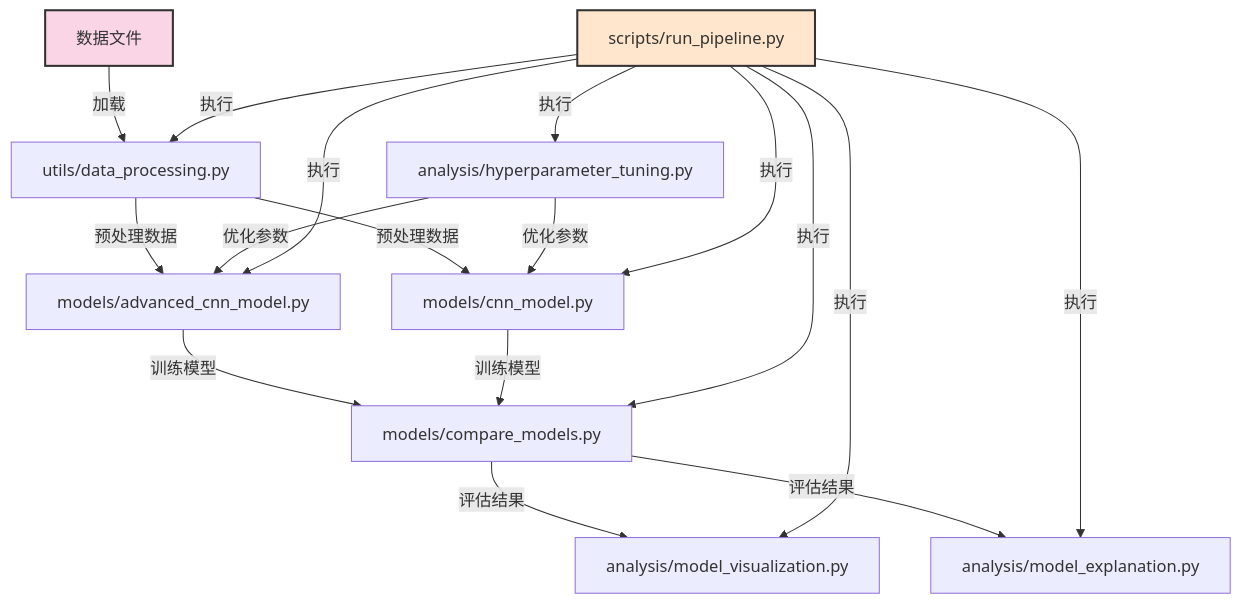
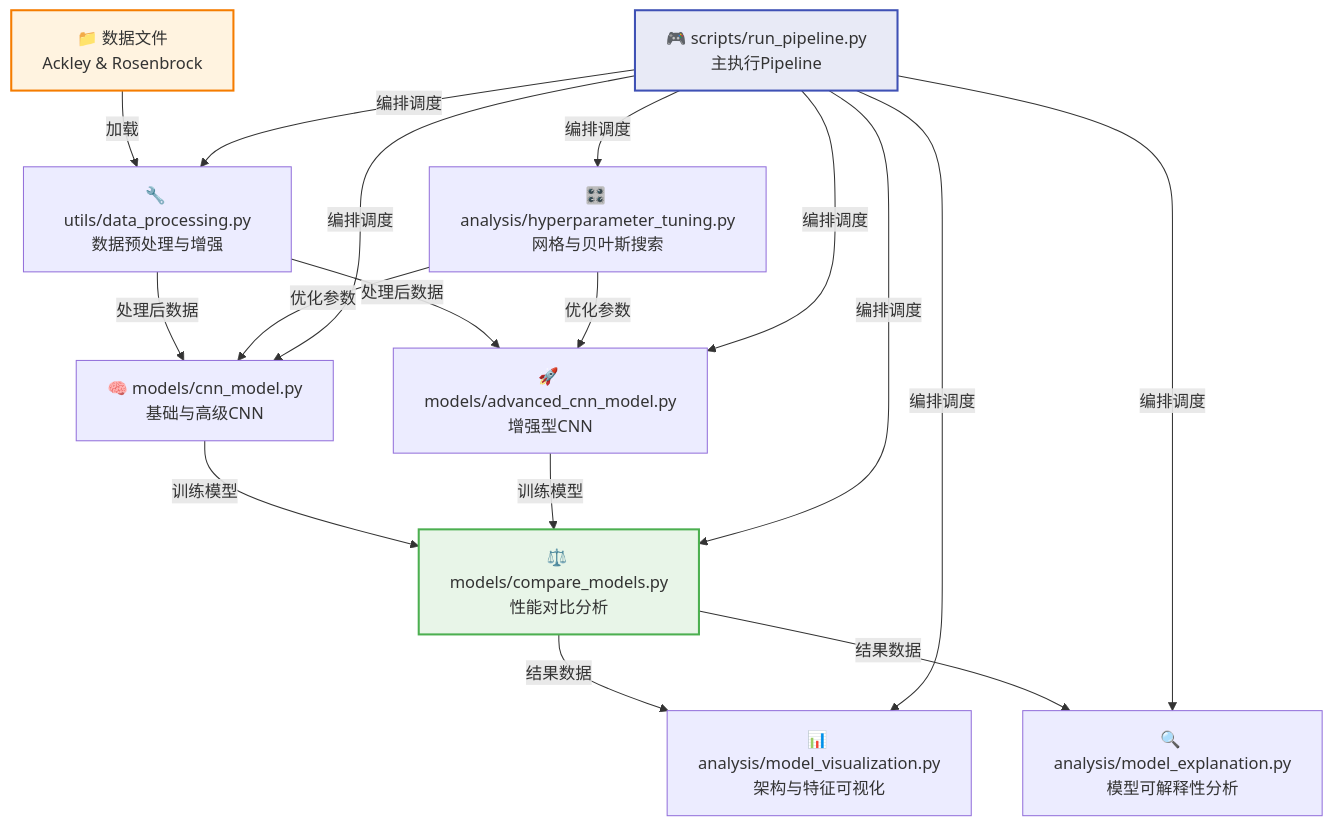
The fifth of 8 diagrams in 项目流程图.md (le876/week1-CNN), drawn with Mermaid before and after one commit. The commit also changed other lines of this file and 25 other files, not shown here.

````diff
--- a/项目流程图.md
+++ b/项目流程图.md
@@ -122,26 +143,27 @@
 ```mermaid
 flowchart TD
-    A[数据文件] -->|加载| B[utils/data_processing.py]
-    B -->|预处理数据| C[models/advanced_cnn_model.py]
-    B -->|预处理数据| D[models/cnn_model.py]
-    
-    C -->|训练模型| E[models/compare_models.py]
+    A[📁 数据文件<br/>Ackley & Rosenbrock] -->|加载| B[🔧 utils/data_processing.py<br/>数据预处理与增强]
+    B -->|处理后数据| C[🧠 models/cnn_model.py<br/>基础与高级CNN]
+    B -->|处理后数据| D[🚀 models/advanced_cnn_model.py<br/>增强型CNN]
+
+    C -->|训练模型| E[⚖️ models/compare_models.py<br/>性能对比分析]
     D -->|训练模型| E
-    
-    E -->|评估结果| F[analysis/model_visualization.py]
-    E -->|评估结果| G[analysis/model_explanation.py]
-    
-    H[analysis/hyperparameter_tuning.py] -->|优化参数| C
+
+    E -->|结果数据| F[📊 analysis/model_visualization.py<br/>架构与特征可视化]
+    E -->|结果数据| G[🔍 analysis/model_explanation.py<br/>模型可解释性分析]
+
+    H[🎛️ analysis/hyperparameter_tuning.py<br/>网格与贝叶斯搜索] -->|优化参数| C
     H -->|优化参数| D
-    
-    I[scripts/run_pipeline.py] -->|执行| B
-    I -->|执行| C
-    I -->|执行| D
-    I -->|执行| E
-    I -->|执行| F
-    I -->|执行| G
-    I -->|执行| H
-    
-    style A fill:#f9d5e5,stroke:#333,stroke-width:2px
-    style I fill:#ffe6cc,stroke:#333,stroke-width:2px
+
+    I[🎮 scripts/run_pipeline.py<br/>主执行Pipeline] -->|编排调度| B
+    I -->|编排调度| C
+    I -->|编排调度| D
+    I -->|编排调度| E
+    I -->|编排调度| F
+    I -->|编排调度| G
+    I -->|编排调度| H
+
+    style A fill:#fff3e0,stroke:#f57c00,stroke-width:2px
+    style I fill:#e8eaf6,stroke:#3f51b5,stroke-width:2px
+    style E fill:#e8f5e8,stroke:#4caf50,stroke-width:2px
 ```
````
